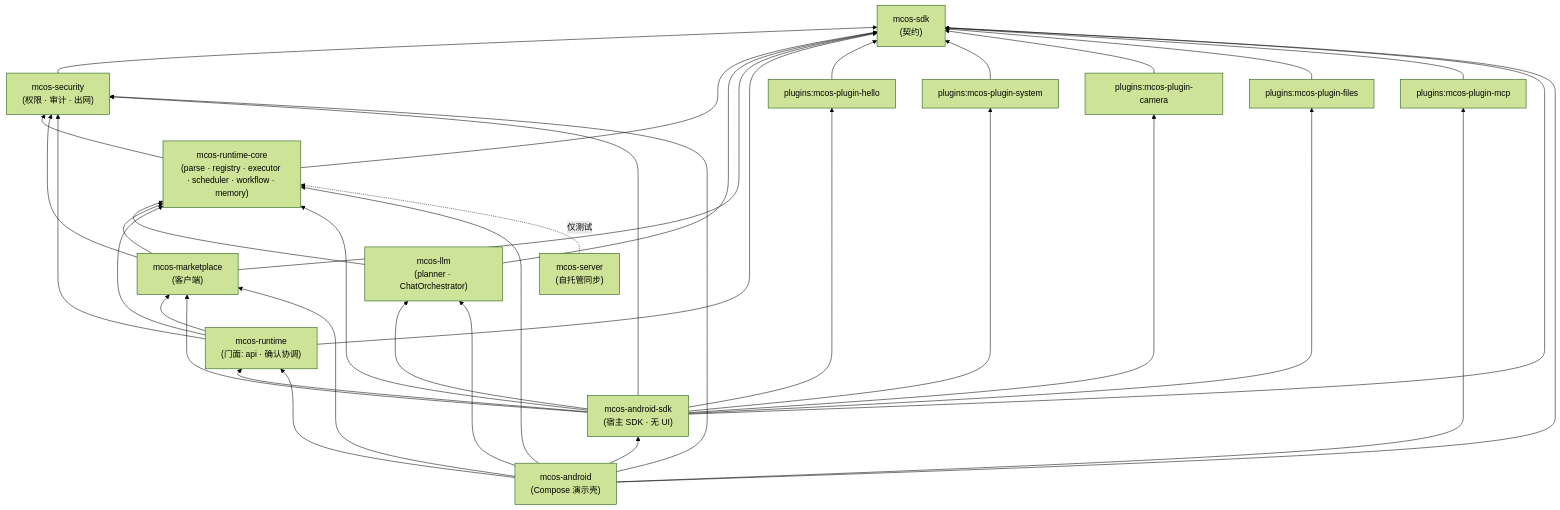
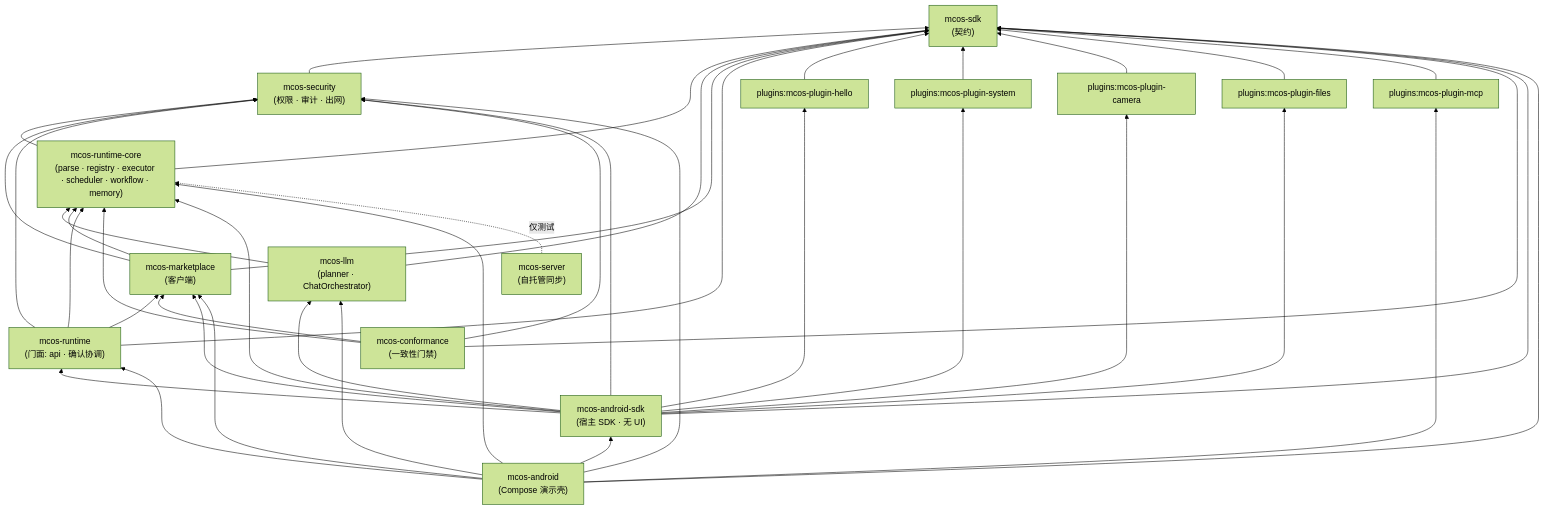
Before and after one commit to Morainet/mcos: the diagram in docs/zh/REPOSITORIES.md, drawn with Mermaid (forest theme). The commit also changed other lines of this file and 31 other files, not shown here.

First line of the commit message:
Conformance 测试套件 + McosPackage 迁入 runtime-core

````diff
--- a/docs/zh/REPOSITORIES.md
+++ b/docs/zh/REPOSITORIES.md
@@ -15,54 +15,59 @@
 ```mermaid
 flowchart BT
     sdk["mcos-sdk<br/>(契约)"]
     sec["mcos-security<br/>(权限 · 审计 · 出网)"]
     core["mcos-runtime-core<br/>(parse · registry · executor · scheduler · workflow · memory)"]
     llm["mcos-llm<br/>(planner · ChatOrchestrator)"]
     mkt["mcos-marketplace<br/>(客户端)"]
     rt["mcos-runtime<br/>(门面: api · 确认协调)"]
     hello["plugins:mcos-plugin-hello"]
     sys["plugins:mcos-plugin-system"]
     cam["plugins:mcos-plugin-camera"]
     files["plugins:mcos-plugin-files"]
     mcp["plugins:mcos-plugin-mcp"]
     asdk["mcos-android-sdk<br/>(宿主 SDK · 无 UI)"]
     app["mcos-android<br/>(Compose 演示壳)"]
     srv["mcos-server<br/>(自托管同步)"]
+    cf["mcos-conformance<br/>(一致性门禁)"]
 
     sec --> sdk
     core --> sdk
     core --> sec
     llm --> sdk
     llm --> core
     mkt --> sdk
     mkt --> sec
     mkt --> core
     rt --> sdk
     rt --> sec
     rt --> core
     rt --> mkt
     hello --> sdk
     sys --> sdk
     cam --> sdk
     files --> sdk
     mcp --> sdk
+    cf --> sdk
+    cf --> sec
+    cf --> core
+    cf --> mkt
     asdk --> sdk
     asdk --> sec
     asdk --> core
     asdk --> rt
     asdk --> llm
     asdk --> mkt
     asdk --> hello
     asdk --> sys
     asdk --> cam
     asdk --> files
     app --> asdk
     app --> sdk
     app --> sec
     app --> core
     app --> rt
     app --> llm
     app --> mkt
     app --> mcp
     srv -.->|"仅测试"| core
 ```
````
